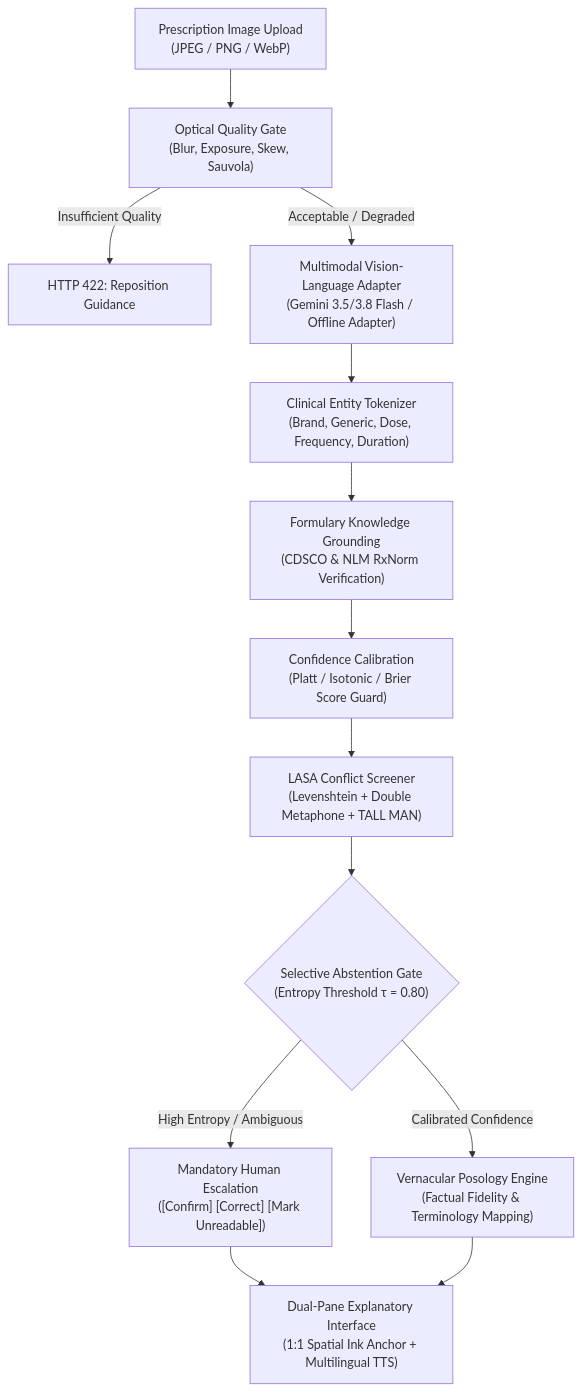
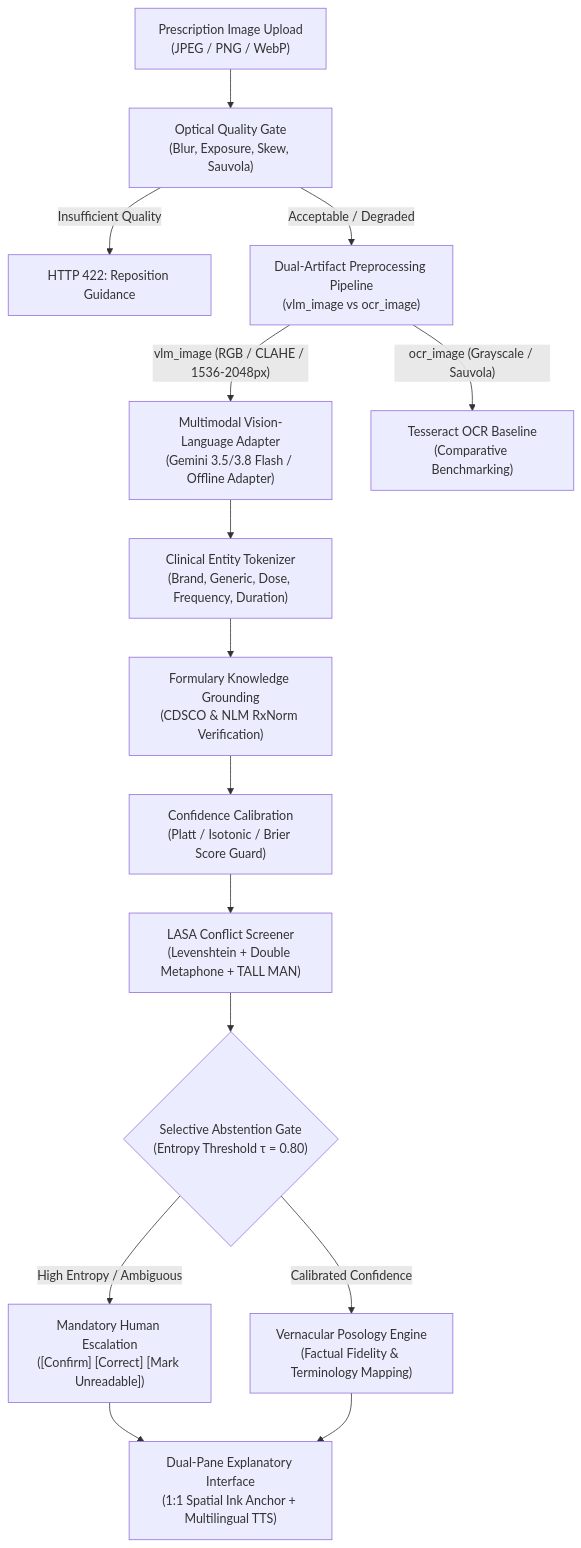
Before and after one commit to SwayamMandhani06/genai-prescription-decoder: the diagram in README.md, drawn with Mermaid. The commit also changed other lines of this file and 13 other files, not shown here.

````diff
--- a/README.md
+++ b/README.md
@@ -50,20 +89,23 @@
 ```mermaid
 flowchart TD
     IMG["Prescription Image Upload<br/>(JPEG / PNG / WebP)"] --> VAL["Optical Quality Gate<br/>(Blur, Exposure, Skew, Sauvola)"]
     VAL -- "Insufficient Quality" --> REJ["HTTP 422: Reposition Guidance"]
-    VAL -- "Acceptable / Degraded" --> VLM["Multimodal Vision-Language Adapter<br/>(Gemini 3.5/3.8 Flash / Offline Adapter)"]
+    VAL -- "Acceptable / Degraded" --> DUAL["Dual-Artifact Preprocessing Pipeline<br/>(vlm_image vs ocr_image)"]
+    
+    DUAL -->|"vlm_image (RGB / CLAHE / 1536-2048px)"| VLM["Multimodal Vision-Language Adapter<br/>(Gemini 3.5/3.8 Flash / Offline Adapter)"]
+    DUAL -->|"ocr_image (Grayscale / Sauvola)"| OCR["Tesseract OCR Baseline<br/>(Comparative Benchmarking)"]
     
     VLM --> ENT["Clinical Entity Tokenizer<br/>(Brand, Generic, Dose, Frequency, Duration)"]
     ENT --> RAG["Formulary Knowledge Grounding<br/>(CDSCO & NLM RxNorm Verification)"]
     
     RAG --> CAL["Confidence Calibration<br/>(Platt / Isotonic / Brier Score Guard)"]
     CAL --> LASA["LASA Conflict Screener<br/>(Levenshtein + Double Metaphone + TALL MAN)"]
     
     LASA --> GATE{"Selective Abstention Gate<br/>(Entropy Threshold τ = 0.80)"}
     
     GATE -- "High Entropy / Ambiguous" --> ABST["Mandatory Human Escalation<br/>([Confirm] [Correct] [Mark Unreadable])"]
     GATE -- "Calibrated Confidence" --> POS["Vernacular Posology Engine<br/>(Factual Fidelity & Terminology Mapping)"]
     
     ABST --> UI["Dual-Pane Explanatory Interface<br/>(1:1 Spatial Ink Anchor + Multilingual TTS)"]
     POS --> UI
 ```
````
